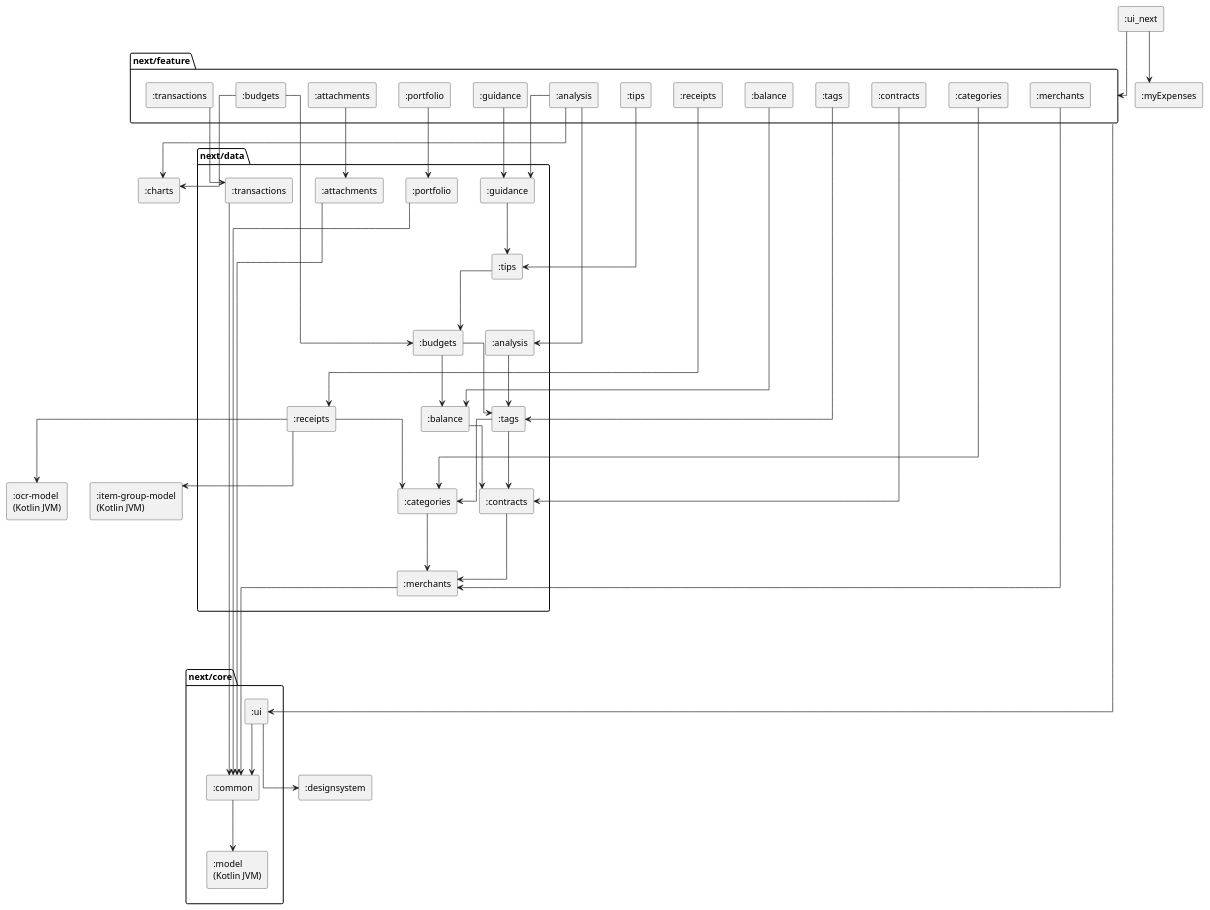
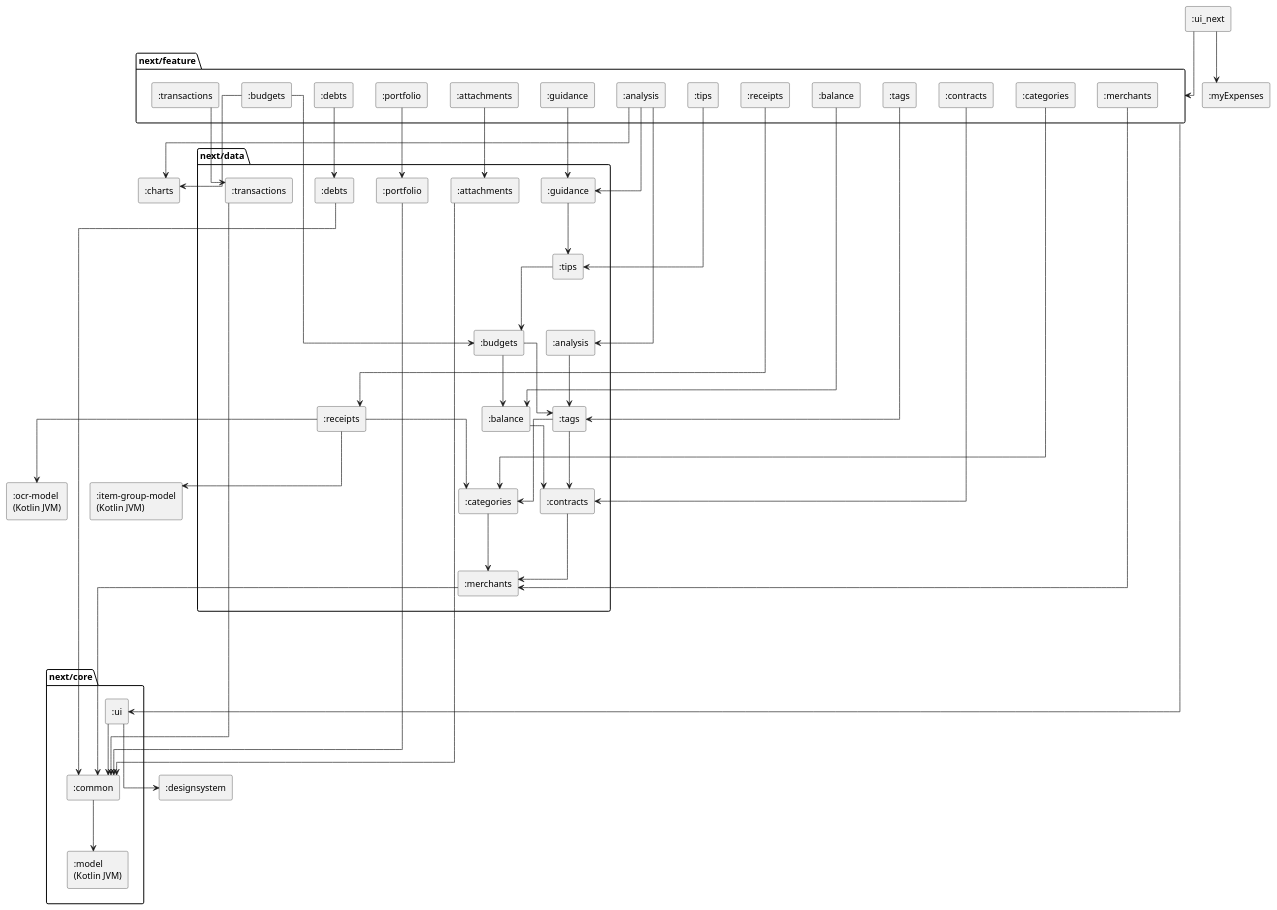
Before and after one commit to castn/MyExpenses: the diagram in ui_next/modules.puml, drawn with PlantUML. The commit also changed 18 other files, not shown here.

```diff
--- a/ui_next/modules.puml
+++ b/ui_next/modules.puml
@@ -1,99 +1,103 @@
 @startuml modules
 ' Generated by the task moduleGraph of build-logic (ModuleGraphPlugin), do not edit.
 ' Dependencies between the modules of the new UI, rule `mod-diagram` of ARCHITECTURE.md.
 ' An edge that follows from a longer path is left out.
 ' An edge from or to a package stands for an edge from or to every module in it.
 skinparam componentStyle rectangle
 skinparam linetype ortho
 skinparam ranksep 80
 top to bottom direction
 
 [:charts] as mCharts
 [:designsystem] as mDesignsystem
 [:item-group-model\n(Kotlin JVM)] as mItemGroupModel
 [:myExpenses] as mMyExpenses
 [:ocr-model\n(Kotlin JVM)] as mOcrModel
 [:ui_next] as mUiNext
 
 package "next/core" as pNextCore {
     [:common] as mNextCoreCommon
     [:model\n(Kotlin JVM)] as mNextCoreModel
     [:ui] as mNextCoreUi
 }
 
 package "next/data" as pNextData {
     [:analysis] as mNextDataAnalysis
     [:attachments] as mNextDataAttachments
     [:balance] as mNextDataBalance
     [:budgets] as mNextDataBudgets
     [:categories] as mNextDataCategories
     [:contracts] as mNextDataContracts
+    [:debts] as mNextDataDebts
     [:guidance] as mNextDataGuidance
     [:merchants] as mNextDataMerchants
     [:portfolio] as mNextDataPortfolio
     [:receipts] as mNextDataReceipts
     [:tags] as mNextDataTags
     [:tips] as mNextDataTips
     [:transactions] as mNextDataTransactions
 }
 
 package "next/feature" as pNextFeature {
     [:analysis] as mNextFeatureAnalysis
     [:attachments] as mNextFeatureAttachments
     [:balance] as mNextFeatureBalance
     [:budgets] as mNextFeatureBudgets
     [:categories] as mNextFeatureCategories
     [:contracts] as mNextFeatureContracts
+    [:debts] as mNextFeatureDebts
     [:guidance] as mNextFeatureGuidance
     [:merchants] as mNextFeatureMerchants
     [:portfolio] as mNextFeaturePortfolio
     [:receipts] as mNextFeatureReceipts
     [:tags] as mNextFeatureTags
     [:tips] as mNextFeatureTips
     [:transactions] as mNextFeatureTransactions
 }
 
 ' Layout only
 mNextDataMerchants -[hidden]--> pNextCore
 mNextFeatureTransactions -[hidden]--> pNextData
 
 mUiNext --> pNextFeature
 pNextFeature --> mNextCoreUi
 mNextCoreCommon --> mNextCoreModel
 mNextCoreUi --> mDesignsystem
 mNextCoreUi --> mNextCoreCommon
 mNextDataAnalysis --> mNextDataTags
 mNextDataAttachments --> mNextCoreCommon
 mNextDataBalance --> mNextDataContracts
 mNextDataBudgets --> mNextDataBalance
 mNextDataBudgets --> mNextDataTags
 mNextDataCategories --> mNextDataMerchants
 mNextDataContracts --> mNextDataMerchants
+mNextDataDebts --> mNextCoreCommon
 mNextDataGuidance --> mNextDataTips
 mNextDataMerchants --> mNextCoreCommon
 mNextDataPortfolio --> mNextCoreCommon
 mNextDataReceipts --> mItemGroupModel
 mNextDataReceipts --> mNextDataCategories
 mNextDataReceipts --> mOcrModel
 mNextDataTags --> mNextDataCategories
 mNextDataTags --> mNextDataContracts
 mNextDataTips --> mNextDataBudgets
 mNextDataTransactions --> mNextCoreCommon
 mNextFeatureAnalysis --> mCharts
 mNextFeatureAnalysis --> mNextDataAnalysis
 mNextFeatureAnalysis --> mNextDataGuidance
 mNextFeatureAttachments --> mNextDataAttachments
 mNextFeatureBalance --> mNextDataBalance
 mNextFeatureBudgets --> mCharts
 mNextFeatureBudgets --> mNextDataBudgets
 mNextFeatureCategories --> mNextDataCategories
 mNextFeatureContracts --> mNextDataContracts
+mNextFeatureDebts --> mNextDataDebts
 mNextFeatureGuidance --> mNextDataGuidance
 mNextFeatureMerchants --> mNextDataMerchants
 mNextFeaturePortfolio --> mNextDataPortfolio
 mNextFeatureReceipts --> mNextDataReceipts
 mNextFeatureTags --> mNextDataTags
 mNextFeatureTips --> mNextDataTips
 mNextFeatureTransactions --> mNextDataTransactions
 mUiNext --> mMyExpenses
 @enduml
```
